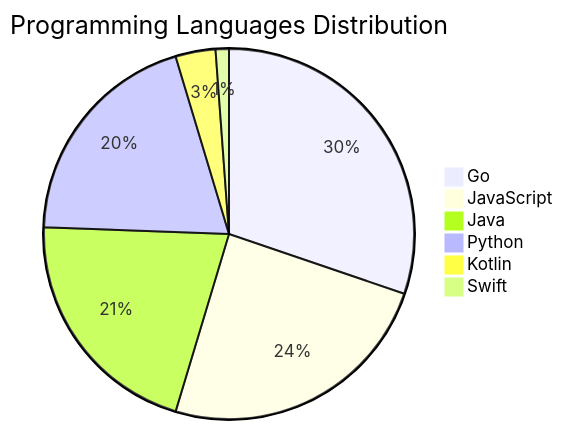
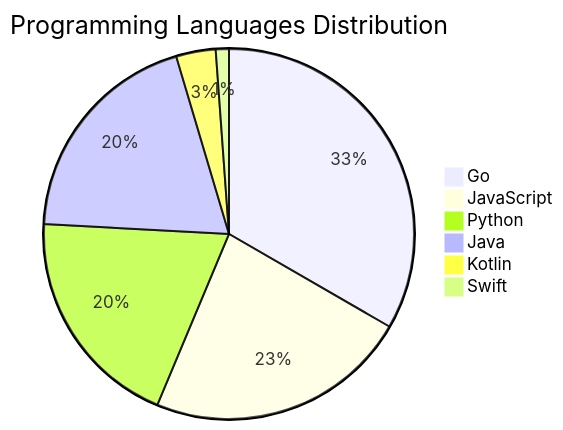
Before and after one commit to Derrick-MUGISHA/github-activity-bot: the diagram in README.md, drawn with Mermaid. The commit also changed other lines of this file and 3 other files, not shown here.

````diff
--- a/README.md
+++ b/README.md
@@ -72,9 +72,9 @@
 ```mermaid
 pie title Programming Languages Distribution
-    "Go" : 26
-    "JavaScript" : 21
-    "Java" : 18
+    "Go" : 29
+    "JavaScript" : 20
     "Python" : 17
+    "Java" : 17
     "Kotlin" : 3
     "Swift" : 1
 ```
````
